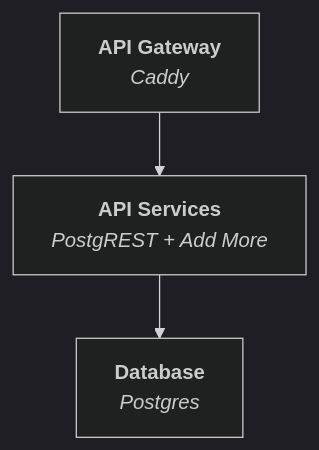
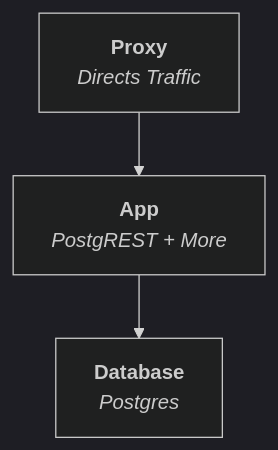
Before and after one commit to explodinglabs/superstack: the diagram in README.md, drawn with Mermaid (dark theme).

Commit message:
Adjust readme

````diff
--- a/README.md
+++ b/README.md
@@ -15,6 +15,6 @@
 ```mermaid
 flowchart TD
-    Gateway["<b>API Gateway</b><br><i>Caddy</i>"]
-    Gateway --> API["<b>API Services</b><br><i>PostgREST + Add More</i>"]
-    API --> Database["<b>Database</b><br><i>Postgres</i>"]
+    Proxy["<b>Proxy</b><br><i>Directs Traffic</i>"]
+    Proxy --> App["<b>App</b><br><i>PostgREST + More</i>"]
+    App --> Database["<b>Database</b><br><i>Postgres</i>"]
 ```
````
